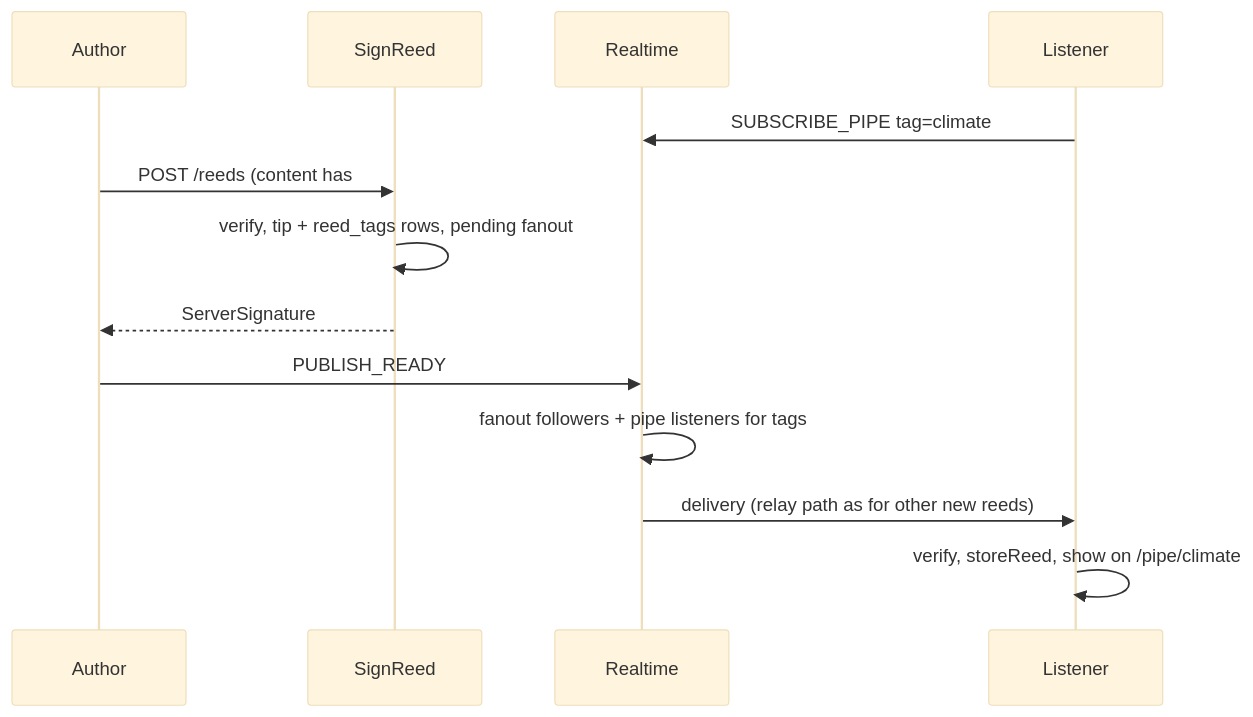
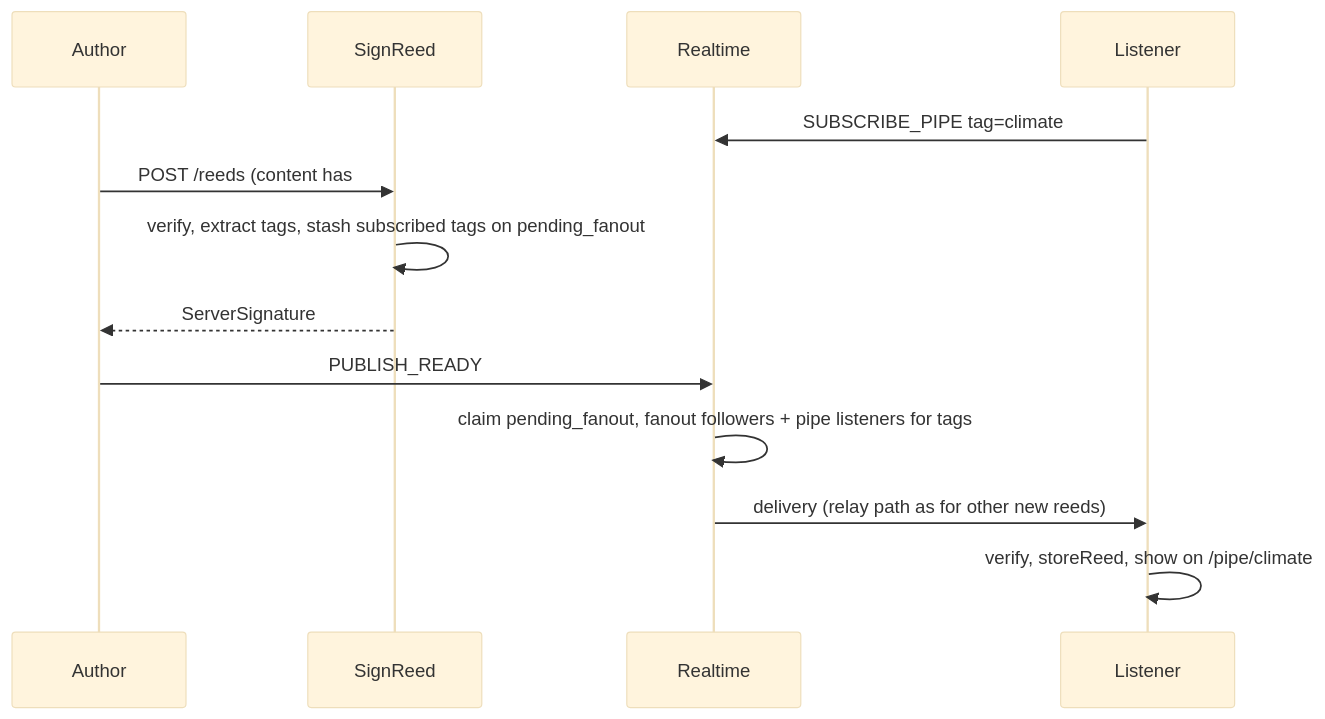
Before and after one commit to var0xyz/syrinx: the diagram in specs/pipes/00_design.md, drawn with Mermaid (base theme). The commit also changed other lines of this file and 11 other files, not shown here.

````diff
--- a/specs/pipes/00_design.md
+++ b/specs/pipes/00_design.md
@@ -86,16 +93,16 @@
 ```mermaid
 sequenceDiagram
   participant Author
   participant HTTP as SignReed
   participant WS as Realtime
   participant Listener
 
   Listener->>WS: SUBSCRIBE_PIPE tag=climate
   Author->>HTTP: POST /reeds (content has #climate)
-  HTTP->>HTTP: verify, tip + reed_tags rows, pending fanout
+  HTTP->>HTTP: verify, extract tags, stash subscribed tags on pending_fanout
   HTTP-->>Author: ServerSignature
   Author->>WS: PUBLISH_READY
-  WS->>WS: fanout followers + pipe listeners for tags
+  WS->>WS: claim pending_fanout, fanout followers + pipe listeners for tags
   WS->>Listener: delivery (relay path as for other new reeds)
   Listener->>Listener: verify, storeReed, show on /pipe/climate
 ```
````
